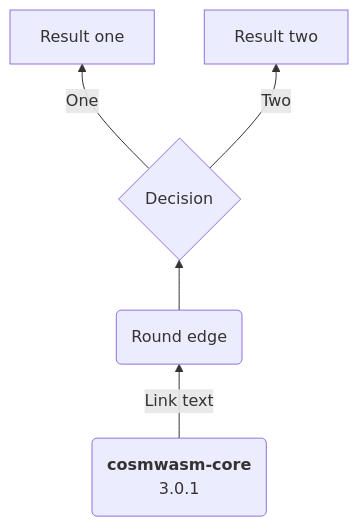
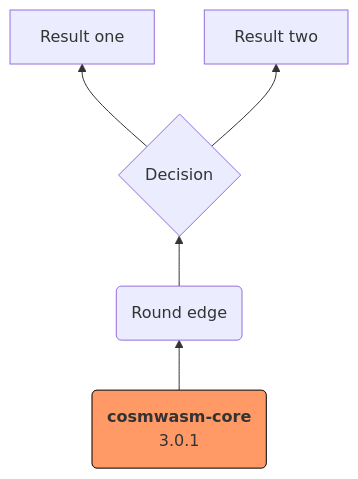
The diagram in dependencies/README.md (DariuszDepta/cosmwasm-notes), drawn with Mermaid before and after one commit.

````diff
--- a/dependencies/README.md
+++ b/dependencies/README.md
@@ -3,9 +3,13 @@
 ```mermaid
 flowchart BT
     A("`**cosmwasm-core**
-    3.0.1`") -->|Link text| B(Round edge)
+        3.0.1`"):::someclass 
+        
+    A --> B(Round edge)
     
     B --> C{Decision}
-    C -->|One| D[Result one]
-    C -->|Two| E[Result two]
+    C --> D[Result one]
+    C --> E[Result two]
+    
+    style A fill:#f96,stroke:#000000
 ```
````
